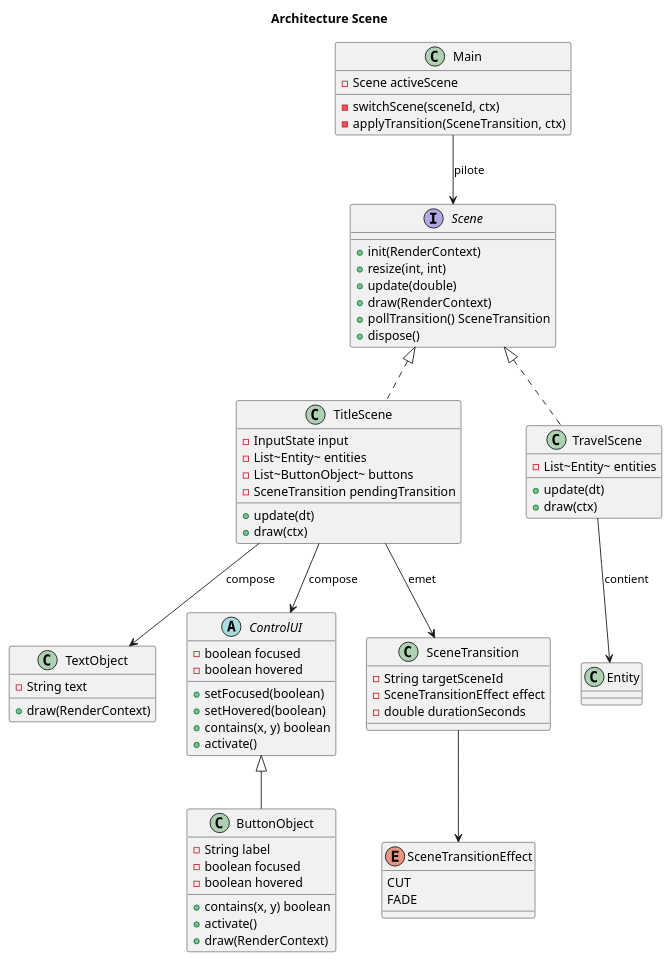
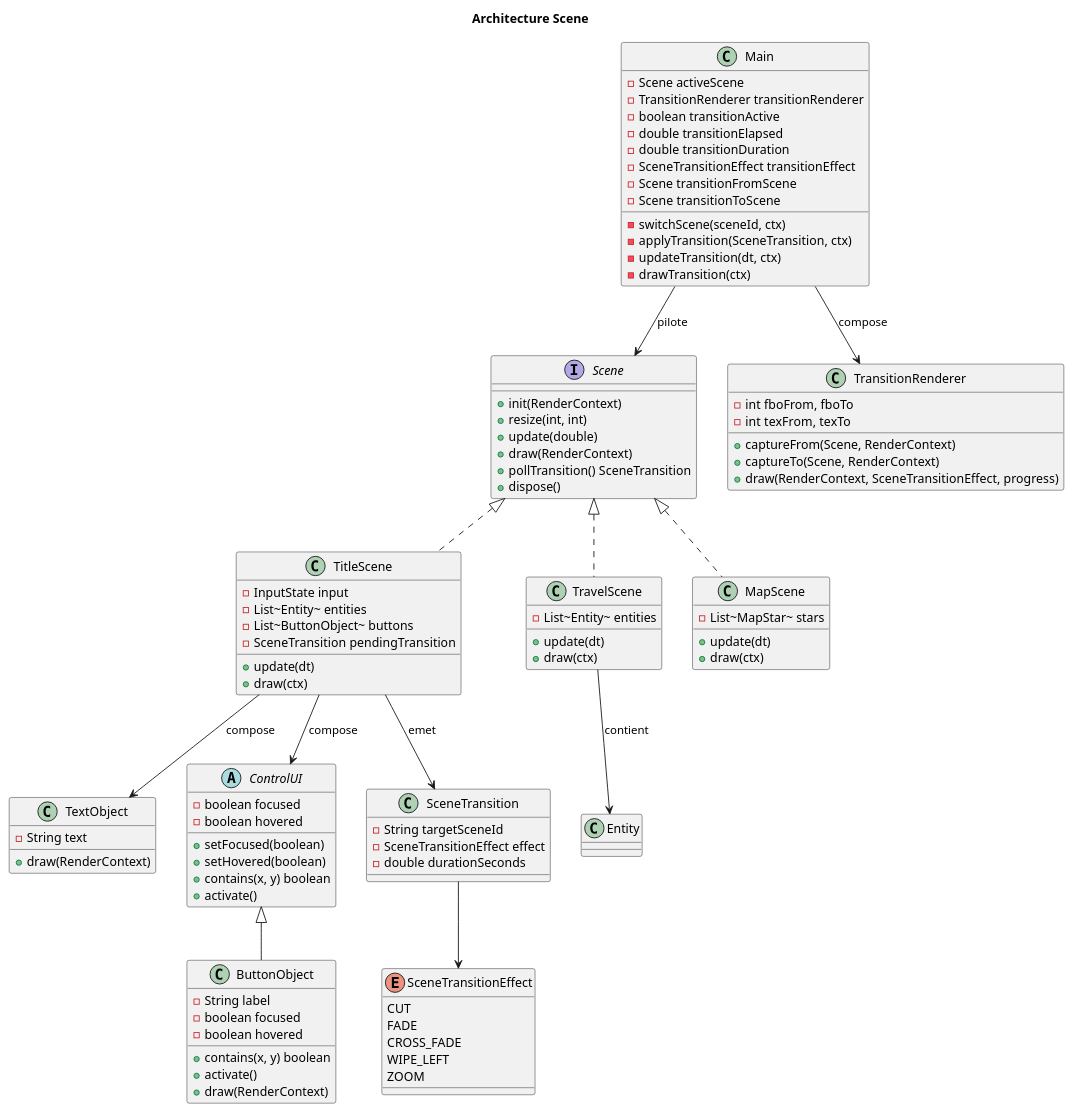
Before and after one commit to mcgivrer/demo001-arm64: the second of 2 diagrams in src/docs/13-scenes.md, drawn with PlantUML. The commit also changed other lines of this file and 21 other files, not shown here.

```diff
--- a/src/docs/13-scenes.md
+++ b/src/docs/13-scenes.md
@@ -83,8 +98,25 @@
 
 class Main {
   -Scene activeScene
+  -TransitionRenderer transitionRenderer
+  -boolean transitionActive
+  -double transitionElapsed
+  -double transitionDuration
+  -SceneTransitionEffect transitionEffect
+  -Scene transitionFromScene
+  -Scene transitionToScene
   -switchScene(sceneId, ctx)
   -applyTransition(SceneTransition, ctx)
+  -updateTransition(dt, ctx)
+  -drawTransition(ctx)
+}
+
+class TransitionRenderer {
+  -int fboFrom, fboTo
+  -int texFrom, texTo
+  +captureFrom(Scene, RenderContext)
+  +captureTo(Scene, RenderContext)
+  +draw(RenderContext, SceneTransitionEffect, progress)
 }
 
 class TitleScene {
@@ -125,6 +157,12 @@
   +draw(ctx)
 }
 
+class MapScene {
+  -List~MapStar~ stars
+  +update(dt)
+  +draw(ctx)
+}
+
 class SceneTransition {
   -String targetSceneId
   -SceneTransitionEffect effect
@@ -134,11 +172,16 @@
 enum SceneTransitionEffect {
   CUT
   FADE
+  CROSS_FADE
+  WIPE_LEFT
+  ZOOM
 }
 
 Main --> Scene : pilote
+Main --> TransitionRenderer : compose
 Scene <|.. TitleScene
 Scene <|.. TravelScene
+Scene <|.. MapScene
 TitleScene --> SceneTransition : emet
 TitleScene --> TextObject : compose
 TitleScene --> ControlUI : compose
```
